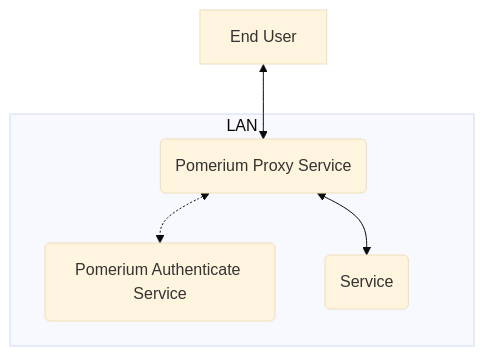
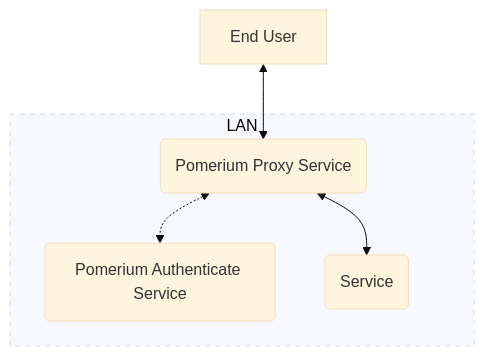
One commit to pomerium/pomerium changed the first of 9 diagrams in docs/docs/topics/mutual-auth.md. Above: the diagram before and after it, drawn with Mermaid (base theme). The commit also changed other lines of this file and 5 other files, not shown here.

Commit message:
Add mTLS and update some charts

````diff
--- a/docs/docs/topics/mutual-auth.md
+++ b/docs/docs/topics/mutual-auth.md
@@ -23,12 +24,13 @@
 ```mermaid
 flowchart TD
     D[End User]
         D <--> A
     subgraph LAN
+    style LAN stroke-dasharray: 5 5
     A(Pomerium Proxy Service)
     B(Pomerium Authenticate Service)
     A <-.-> B
     C(Service)
     A <--> C
     end
 ```
````
